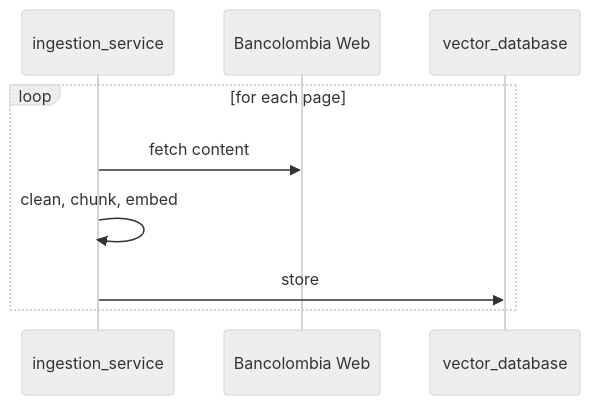
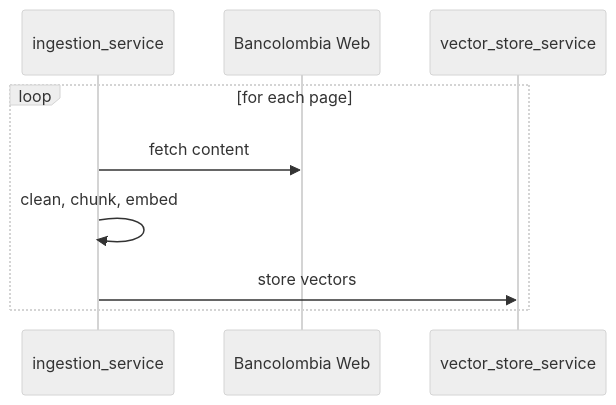
Before and after one commit to CrisBeltBic/prueba_ai_eng: the third of 3 diagrams in bancolombia-rag/docs/architecture.md, drawn with Mermaid (neutral theme). The commit also changed other lines of this file and 10 other files, not shown here.

````diff
--- a/bancolombia-rag/docs/architecture.md
+++ b/bancolombia-rag/docs/architecture.md
@@ -69,12 +74,12 @@
 ```mermaid
 sequenceDiagram
     participant I as ingestion_service
     participant W as Bancolombia Web
-    participant D as vector_database
+    participant V as vector_store_service
 
     loop for each page
         I->>W: fetch content
         I->>I: clean, chunk, embed
-        I->>D: store
+        I->>V: store vectors
     end
 ```
````
